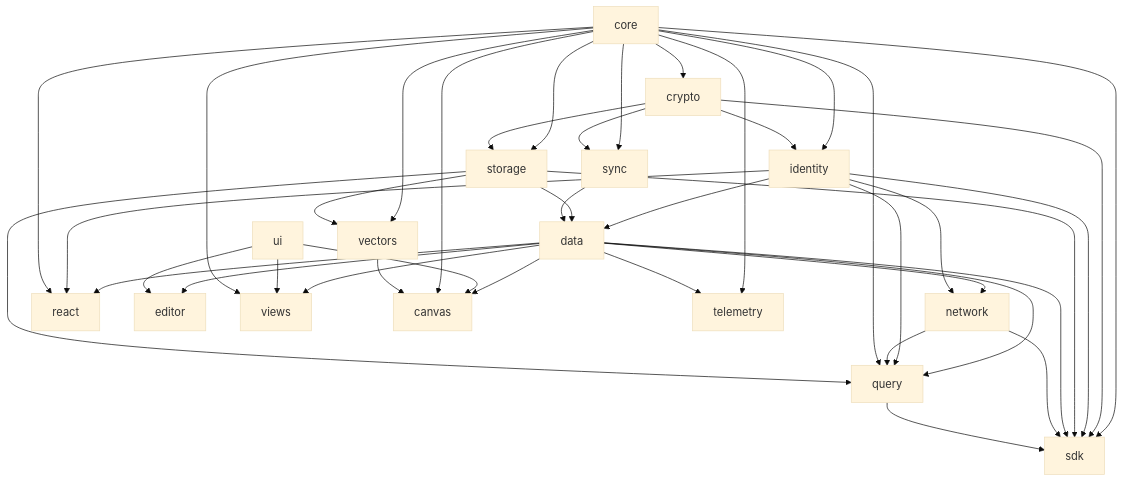
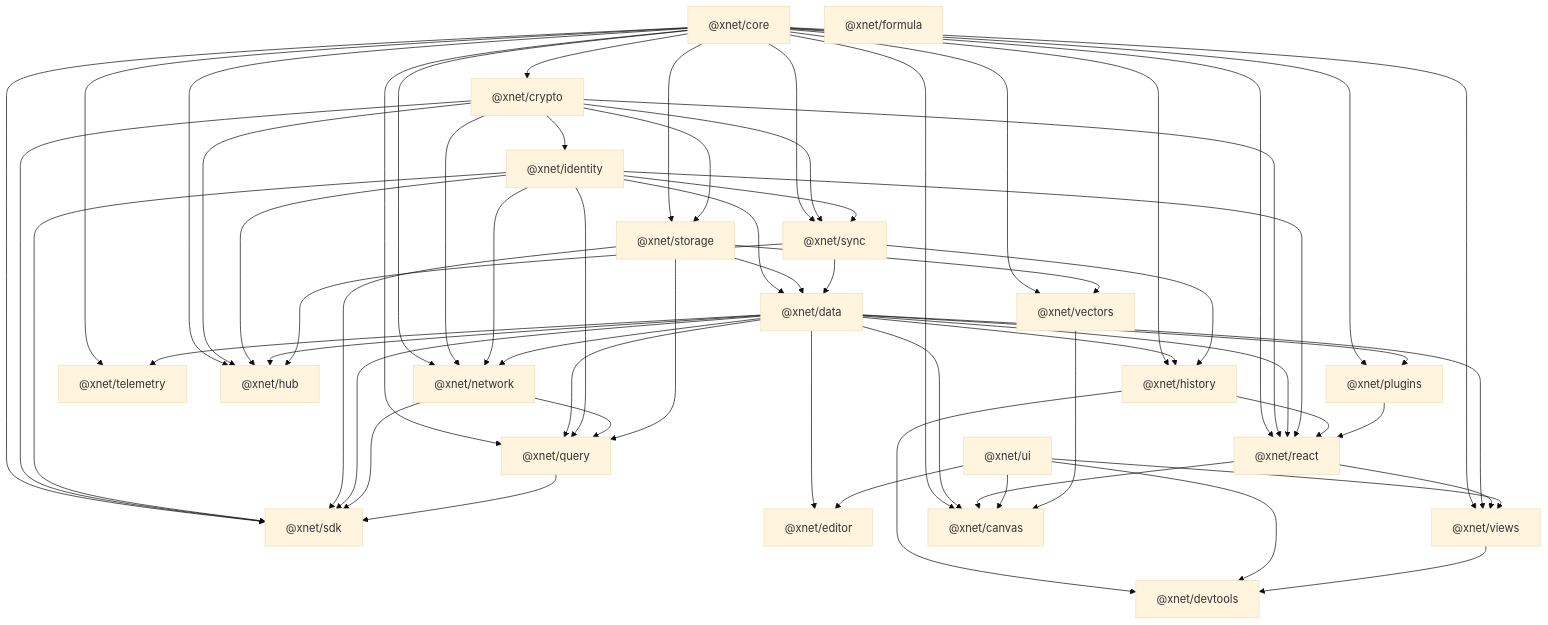
The first of 2 diagrams in packages/README.md (crs48/xNet), drawn with Mermaid (base theme) before and after one commit. The commit also changed other lines of this file and 28 other files, not shown here.

````diff
--- a/packages/README.md
+++ b/packages/README.md
@@ -36,43 +45,71 @@
 ```mermaid
 flowchart TD
-    core --> crypto
-    core --> identity
+    core["@xnet/core"]
+    crypto["@xnet/crypto"]
+    identity["@xnet/identity"]
+    storage["@xnet/storage"]
+    sync["@xnet/sync"]
+    data["@xnet/data"]
+    network["@xnet/network"]
+    query["@xnet/query"]
+    react["@xnet/react"]
+    sdk["@xnet/sdk"]
+    editor["@xnet/editor"]
+    ui["@xnet/ui"]
+    views["@xnet/views"]
+    canvas["@xnet/canvas"]
+    devtools["@xnet/devtools"]
+    history["@xnet/history"]
+    plugins["@xnet/plugins"]
+    telemetry["@xnet/telemetry"]
+    formula["@xnet/formula"]
+    vectors["@xnet/vectors"]
+    hub["@xnet/hub"]
+
+    core --> crypto --> identity
     core --> storage
+    crypto --> storage
     core --> sync
-
-    crypto --> identity
-    crypto --> storage
     crypto --> sync
+    identity --> sync
 
     identity --> data
     storage --> data
     sync --> data
 
+    core --> network
+    crypto --> network
+    identity --> network
     data --> network
-    data --> query
-    data --> react
-    data --> editor
-    data --> views
-    data --> canvas
-
-    identity --> network
-    identity --> query
-
-    network --> query
-
-    ui --> editor
-    ui --> views
-    ui --> canvas
-
-    core --> views
-    core --> vectors
-    core --> canvas
-
-    storage --> vectors
-    vectors --> canvas
 
     core --> query
+    data --> query
+    identity --> query
+    network --> query
     storage --> query
+
+    core --> hub
+    crypto --> hub
+    identity --> hub
+    data --> hub
+    sync --> hub
+
+    core --> history
+    data --> history
+    sync --> history
+
+    core --> plugins
+    data --> plugins
+
+    core --> telemetry
+    data --> telemetry
+
+    core --> react
+    crypto --> react
+    data --> react
+    identity --> react
+    history --> react
+    plugins --> react
 
     core --> sdk
     crypto --> sdk
@@ -82,9 +119,24 @@
     network --> sdk
     query --> sdk
 
-    identity --> react
-    core --> react
+    data --> editor
+    ui --> editor
 
-    core --> telemetry
-    data --> telemetry
+    core --> views
+    data --> views
+    react --> views
+    ui --> views
+
+    core --> canvas
+    data --> canvas
+    react --> canvas
+    ui --> canvas
+    vectors --> canvas
+
+    history --> devtools
+    ui --> devtools
+    views --> devtools
+
+    core --> vectors
+    storage --> vectors
 ```
````
